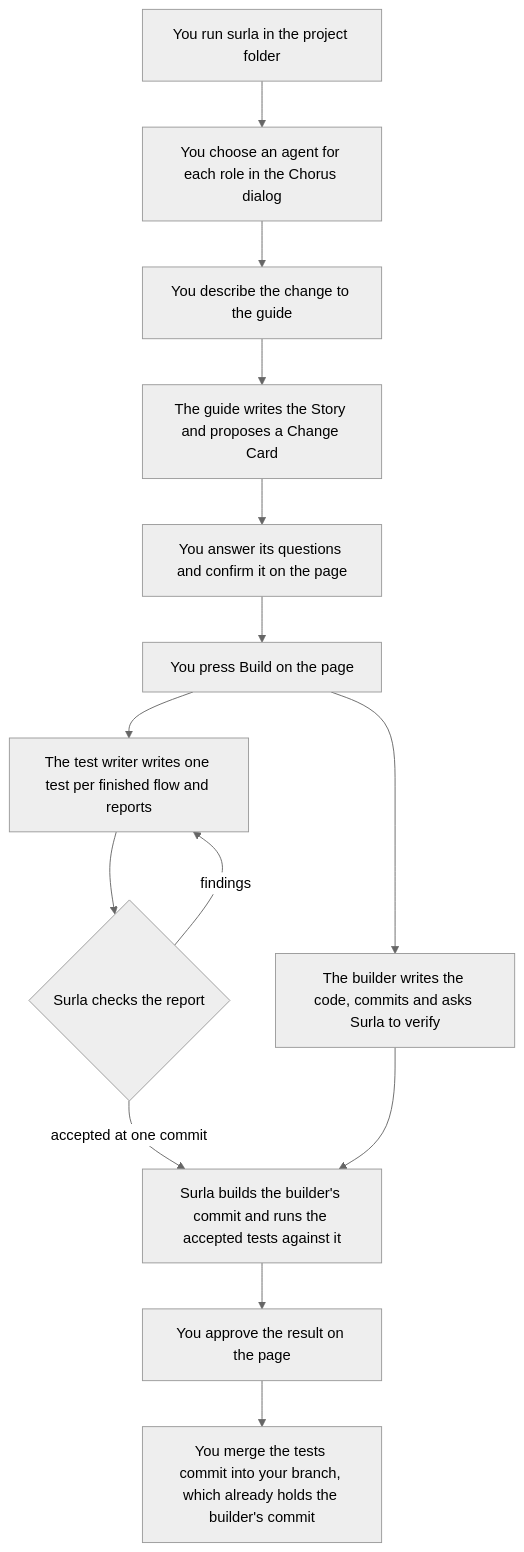
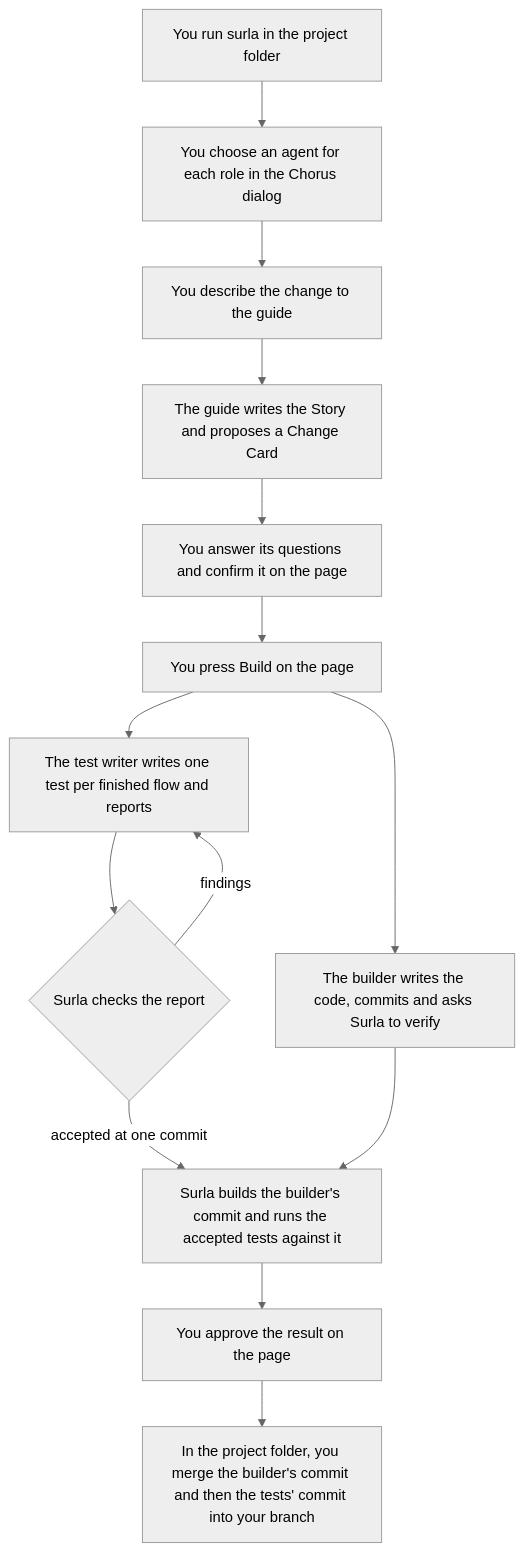
Before and after one commit to goadesign/highbay: the diagram in docs/HOW_IT_WORKS.md, drawn with Mermaid (neutral theme). The commit also changed other lines of this file and 3 other files, not shown here.

````diff
--- a/docs/HOW_IT_WORKS.md
+++ b/docs/HOW_IT_WORKS.md
@@ -73,16 +73,16 @@
 ```mermaid
 flowchart TD
     A["You run surla in the project folder"] --> B["You choose an agent for each role in the Chorus dialog"]
     B --> C["You describe the change to the guide"]
     C --> D["The guide writes the Story and proposes a Change Card"]
     D --> E["You answer its questions and confirm it on the page"]
     E --> F["You press Build on the page"]
     F --> G["The test writer writes one test per finished flow and reports"]
     G --> H{"Surla checks the report"}
     H -->|"findings"| G
     H -->|"accepted at one commit"| J["Surla builds the builder's commit and runs the accepted tests against it"]
     F --> I["The builder writes the code, commits and asks Surla to verify"]
     I --> J
     J --> K["You approve the result on the page"]
-    K --> L["You merge the tests commit into your branch, which already holds the builder's commit"]
+    K --> L["In the project folder, you merge the builder's commit and then the tests' commit into your branch"]
 ```
````
